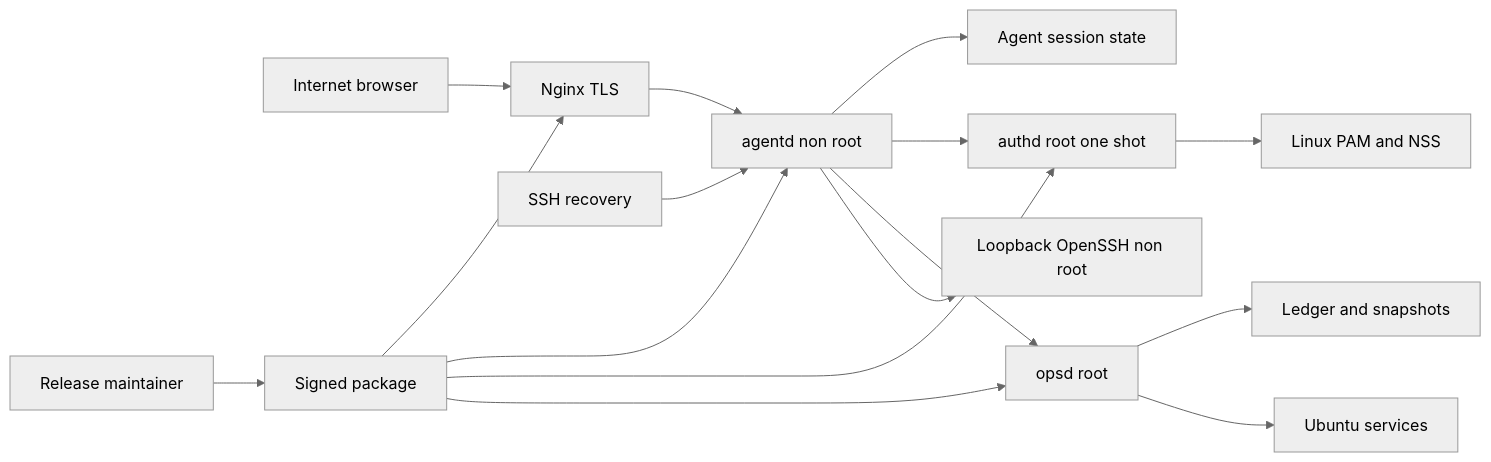
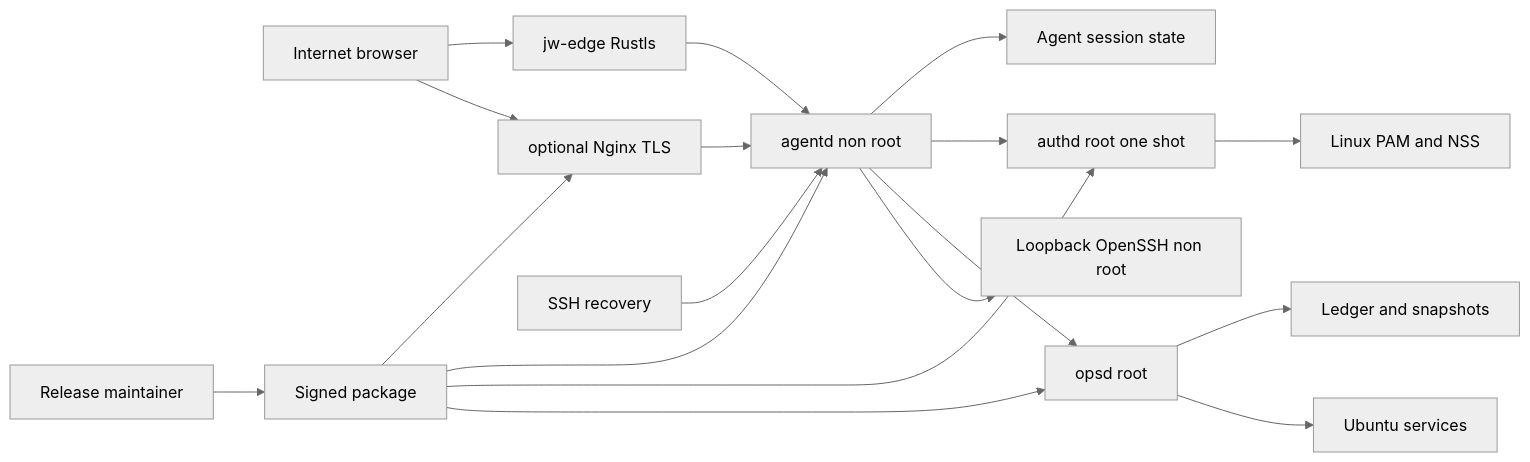
Before and after one commit to jiwonpapa/jw-agent: the diagram in docs/70-security/JW-agent-threat-model.md, drawn with Mermaid (neutral theme). The commit also changed other lines of this file and 41 other files, not shown here.

````diff
--- a/docs/70-security/JW-agent-threat-model.md
+++ b/docs/70-security/JW-agent-threat-model.md
@@ -80,18 +81,20 @@
 ```mermaid
 flowchart LR
-    I["Internet browser"] --> N["Nginx TLS"]
+    I["Internet browser"] --> E["jw-edge Rustls"]
+    I --> N["optional Nginx TLS"]
     S["SSH recovery"] --> A["agentd non root"]
+    E --> A
     N --> A
     A --> D["Agent session state"]
     A --> H["authd root one shot"]
     H --> P["Linux PAM and NSS"]
     A --> O["opsd root"]
     O --> L["Ledger and snapshots"]
     O --> U["Ubuntu services"]
     A --> Q["Loopback OpenSSH non root"]
     M["Release maintainer"] --> R["Signed package"]
     R --> N
     R --> A
     R --> H
     R --> O
 ```
````
